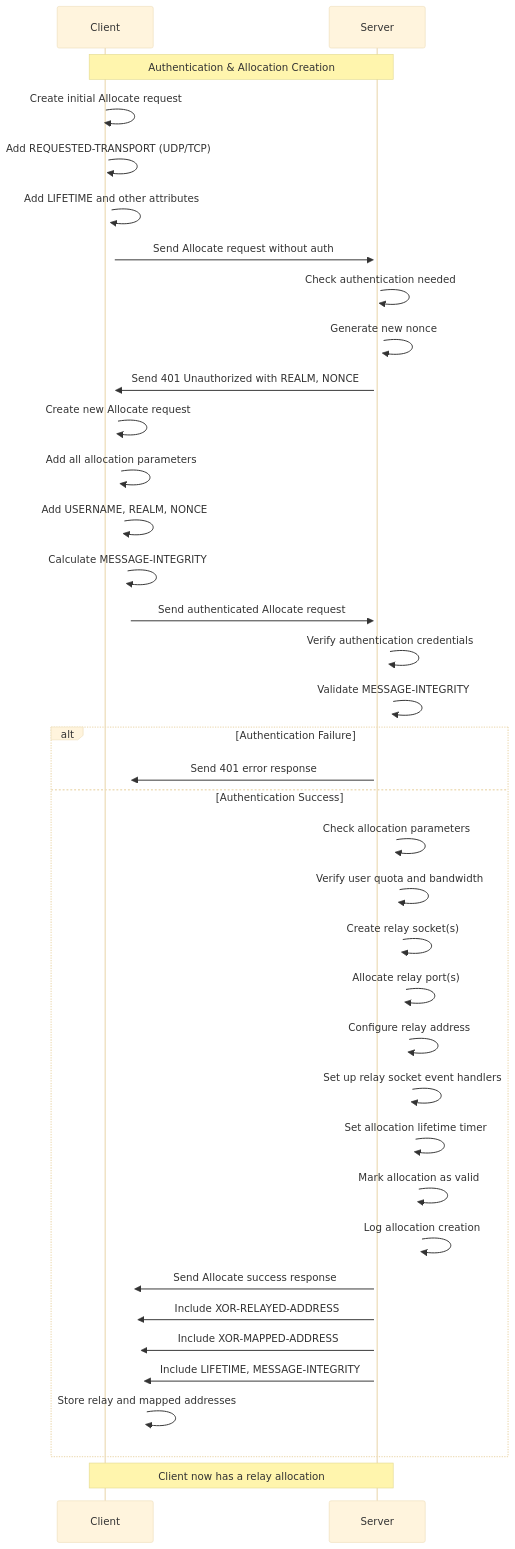
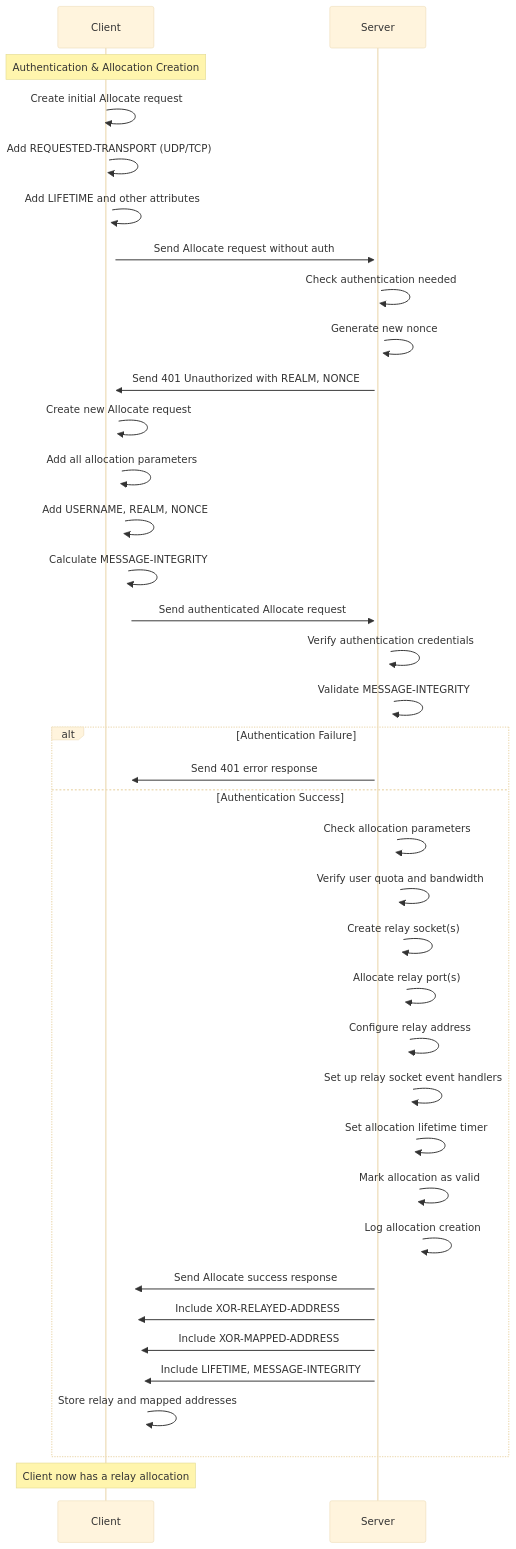
Before and after one commit to hdvt/turn-design: the second of 5 diagrams in sequence-diagram.md, drawn with Mermaid (base theme). The commit also changed other lines of this file, not shown here.

````diff
--- a/sequence-diagram.md
+++ b/sequence-diagram.md
@@ -354,50 +43,50 @@
 ```mermaid
 sequenceDiagram
     participant Client
     participant Server
     
-    Note over Client,Server: Authentication & Allocation Creation
+    Note over Client: Authentication & Allocation Creation
     
     Client->>+Client: Create initial Allocate request
     Client->>+Client: Add REQUESTED-TRANSPORT (UDP/TCP)
     Client->>+Client: Add LIFETIME and other attributes
     Client->>+Server: Send Allocate request without auth
     
     Server->>+Server: Check authentication needed
     Server->>+Server: Generate new nonce
     Server->>+Client: Send 401 Unauthorized with REALM, NONCE
     
     Client->>+Client: Create new Allocate request
     Client->>+Client: Add all allocation parameters
     Client->>+Client: Add USERNAME, REALM, NONCE
     Client->>+Client: Calculate MESSAGE-INTEGRITY
     Client->>+Server: Send authenticated Allocate request
     
     Server->>+Server: Verify authentication credentials
     Server->>+Server: Validate MESSAGE-INTEGRITY
     
     alt Authentication Failure
         Server->>+Client: Send 401 error response
     else Authentication Success
         Server->>+Server: Check allocation parameters
         Server->>+Server: Verify user quota and bandwidth
         
         Server->>+Server: Create relay socket(s)
         Server->>+Server: Allocate relay port(s)
         Server->>+Server: Configure relay address
         Server->>+Server: Set up relay socket event handlers
         
         Server->>+Server: Set allocation lifetime timer
         Server->>+Server: Mark allocation as valid
         Server->>+Server: Log allocation creation
         
         Server->>+Client: Send Allocate success response
         Server->>+Client: Include XOR-RELAYED-ADDRESS
         Server->>+Client: Include XOR-MAPPED-ADDRESS
         Server->>+Client: Include LIFETIME, MESSAGE-INTEGRITY
         
         Client->>+Client: Store relay and mapped addresses
     end
     
-    Note over Client,Server: Client now has a relay allocation
+    Note over Client: Client now has a relay allocation
 ```
````
